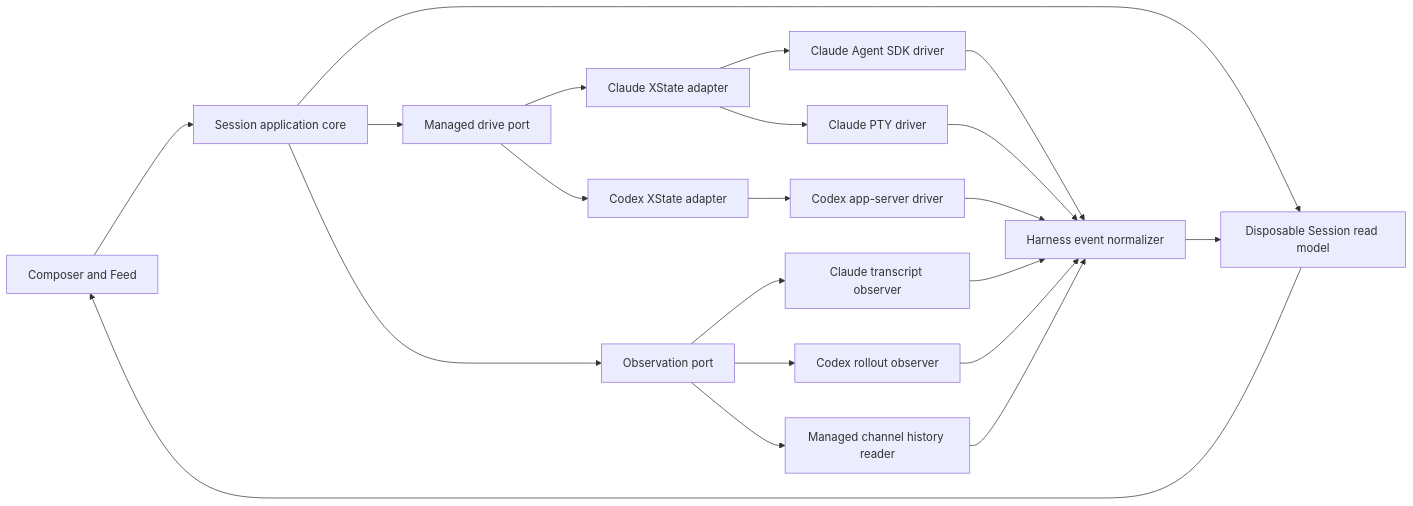
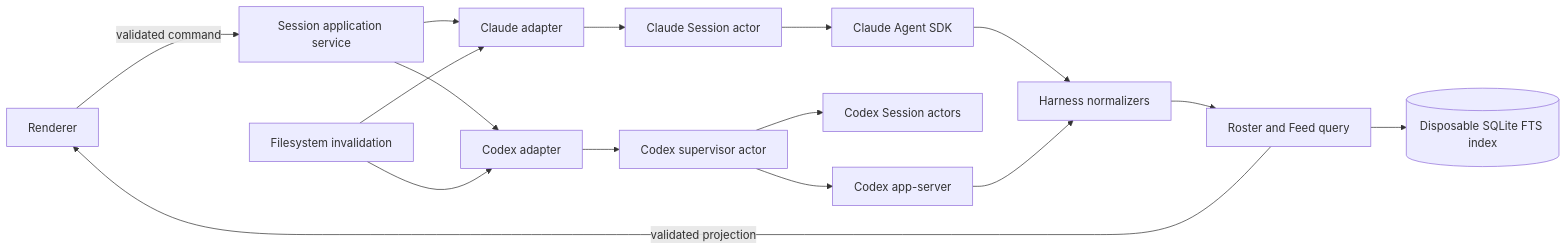
Before and after one commit to milad-alizadeh/argo: the diagram in docs/research/2026-09-21-session-connection-architecture-direction.md, drawn with Mermaid. The commit also changed other lines of this file and 25 other files, not shown here.

Commit message:
Document vendor-driven Session architecture

````diff
--- a/docs/research/2026-09-21-session-connection-architecture-direction.md
+++ b/docs/research/2026-09-21-session-connection-architecture-direction.md
@@ -280,27 +61,18 @@
 ```mermaid
 flowchart LR
-    UI[Composer and Feed] --> CORE[Session application core]
-    CORE --> DRIVE[Managed drive port]
-    CORE --> OBSERVE[Observation port]
-    CORE --> MODEL[Disposable Session read model]
-
-    DRIVE --> CMACHINE[Claude XState adapter]
-    DRIVE --> XMACHINE[Codex XState adapter]
-
-    CMACHINE --> CSDK[Claude Agent SDK driver]
-    CMACHINE --> CPTY[Claude PTY driver]
-    XMACHINE --> CODEX[Codex app-server driver]
-
-    OBSERVE --> CTRANSCRIPT[Claude transcript observer]
-    OBSERVE --> CROLLOUT[Codex rollout observer]
-    OBSERVE --> CHISTORY[Managed channel history reader]
-
-    CSDK --> NORMALIZE[Harness event normalizer]
-    CPTY --> NORMALIZE
-    CODEX --> NORMALIZE
-    CTRANSCRIPT --> NORMALIZE
-    CROLLOUT --> NORMALIZE
-    CHISTORY --> NORMALIZE
-    NORMALIZE --> MODEL
-    MODEL --> UI
+    UI[Renderer] -->|validated command| CORE[Session application service]
+    CORE --> CLAUDE[Claude adapter]
+    CORE --> CODEX[Codex adapter]
+    CLAUDE --> CACTOR[Claude Session actor]
+    CACTOR --> SDK[Claude Agent SDK]
+    CODEX --> SUP[Codex supervisor actor]
+    SUP --> XACTOR[Codex Session actors]
+    SUP --> APP[Codex app-server]
+    SDK --> NORM[Harness normalizers]
+    APP --> NORM
+    NORM --> QUERY[Roster and Feed query]
+    QUERY -->|validated projection| UI
+    WATCH[Filesystem invalidation] --> CLAUDE
+    WATCH --> CODEX
+    QUERY --> FTS[(Disposable SQLite FTS index)]
 ```
````
